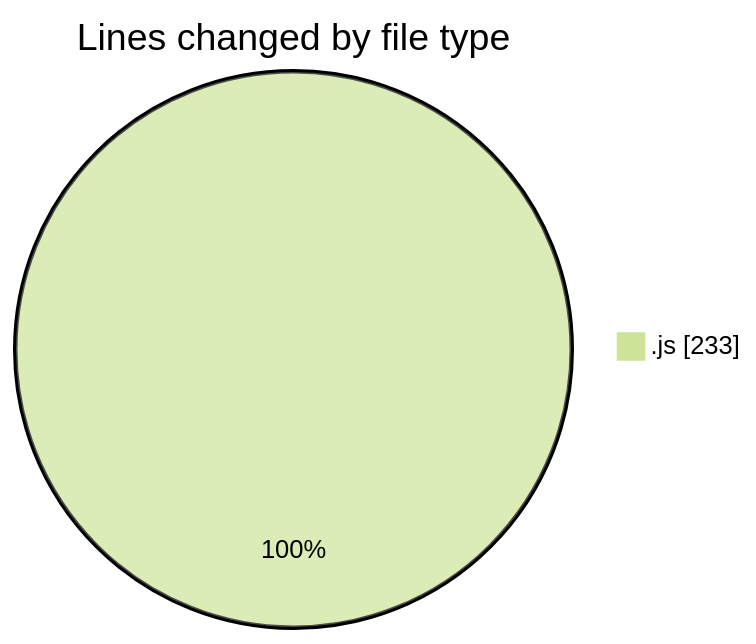
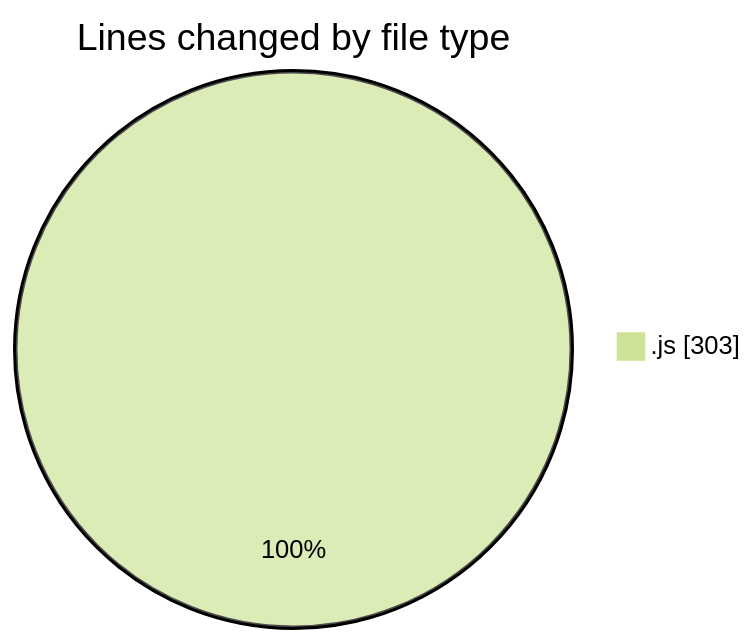
One commit to BS-eng2023/code-tracking changed the first of 2 diagrams in 2025-03-21/javascript/README.md. Above: the diagram before and after it, drawn with Mermaid (forest theme). The commit also changed other lines of this file and 1 other file, not shown here.

````diff
--- a/2025-03-21/javascript/README.md
+++ b/2025-03-21/javascript/README.md
@@ -23,5 +25,5 @@
 ```mermaid
 pie showData
 title Lines changed by file type
-".js" : 233
+".js" : 303
 ```
````
